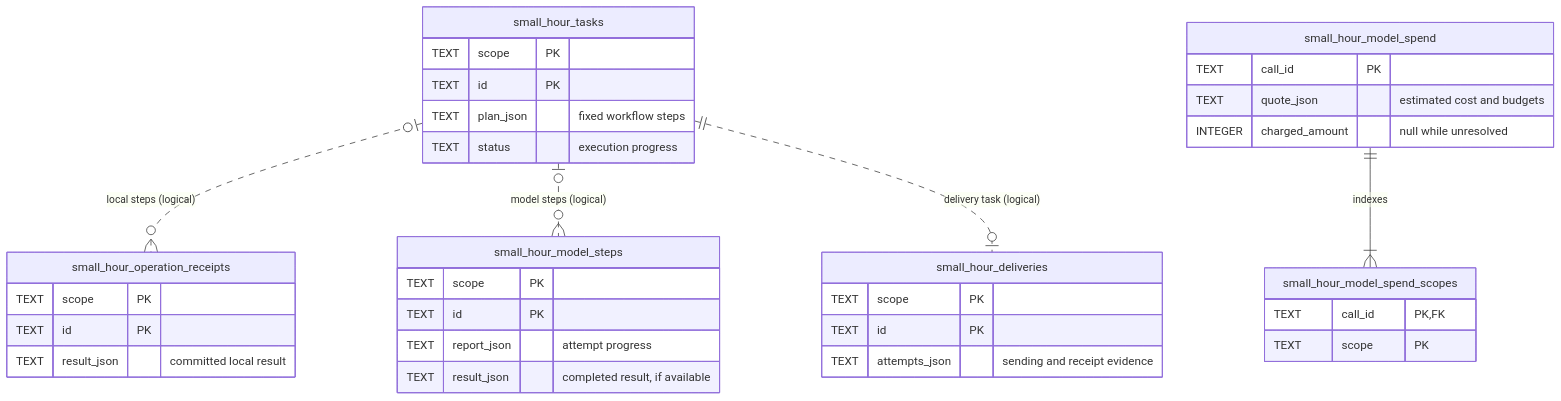
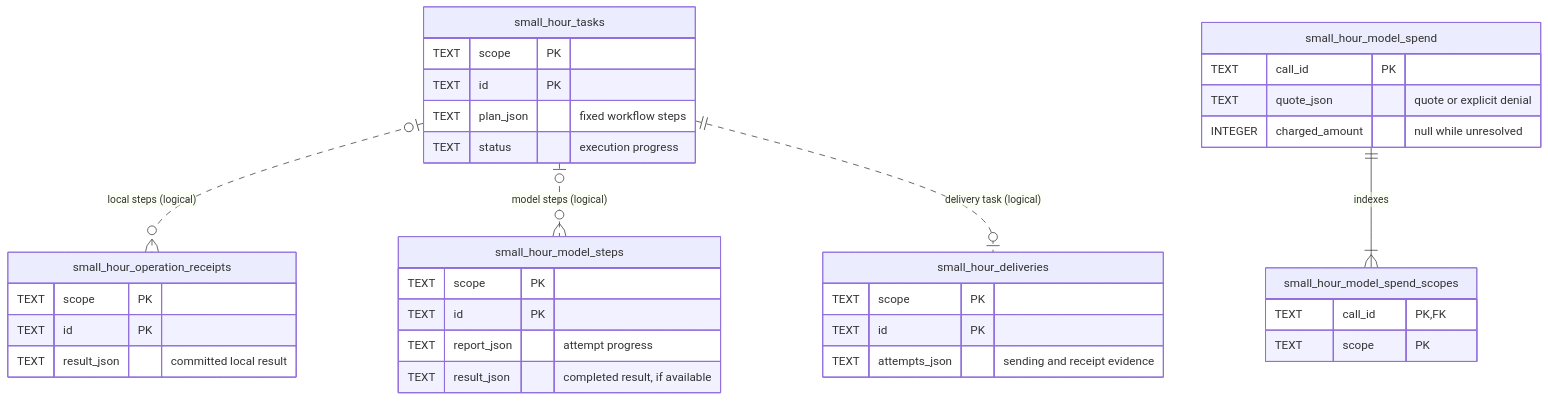
Before and after one commit to jingyufanclub/small-hour: the diagram in docs/storage-schema.md, drawn with Mermaid. The commit also changed other lines of this file and 18 other files, not shown here.

````diff
--- a/docs/storage-schema.md
+++ b/docs/storage-schema.md
@@ -11,40 +11,40 @@
 ```mermaid
 erDiagram
     accTitle: Small Hour's saved records
     accDescr: Tasks may have local receipts, model steps, or delivery evidence. Each spending call has budget memberships that reference its single charge. Only that membership relationship is a database foreign key.
     small_hour_tasks |o..o{ small_hour_operation_receipts : "local steps (logical)"
     small_hour_tasks |o..o{ small_hour_model_steps : "model steps (logical)"
     small_hour_tasks ||..o| small_hour_deliveries : "delivery task (logical)"
     small_hour_model_spend ||--|{ small_hour_model_spend_scopes : indexes
     small_hour_tasks {
         TEXT scope PK
         TEXT id PK
         TEXT plan_json "fixed workflow steps"
         TEXT status "execution progress"
     }
     small_hour_operation_receipts {
         TEXT scope PK
         TEXT id PK
         TEXT result_json "committed local result"
     }
     small_hour_model_steps {
         TEXT scope PK
         TEXT id PK
         TEXT report_json "attempt progress"
         TEXT result_json "completed result, if available"
     }
     small_hour_deliveries {
         TEXT scope PK
         TEXT id PK
         TEXT attempts_json "sending and receipt evidence"
     }
     small_hour_model_spend {
         TEXT call_id PK
-        TEXT quote_json "estimated cost and budgets"
+        TEXT quote_json "quote or explicit denial"
         INTEGER charged_amount "null while unresolved"
     }
     small_hour_model_spend_scopes {
         TEXT call_id PK,FK
         TEXT scope PK
     }
 ```
````
